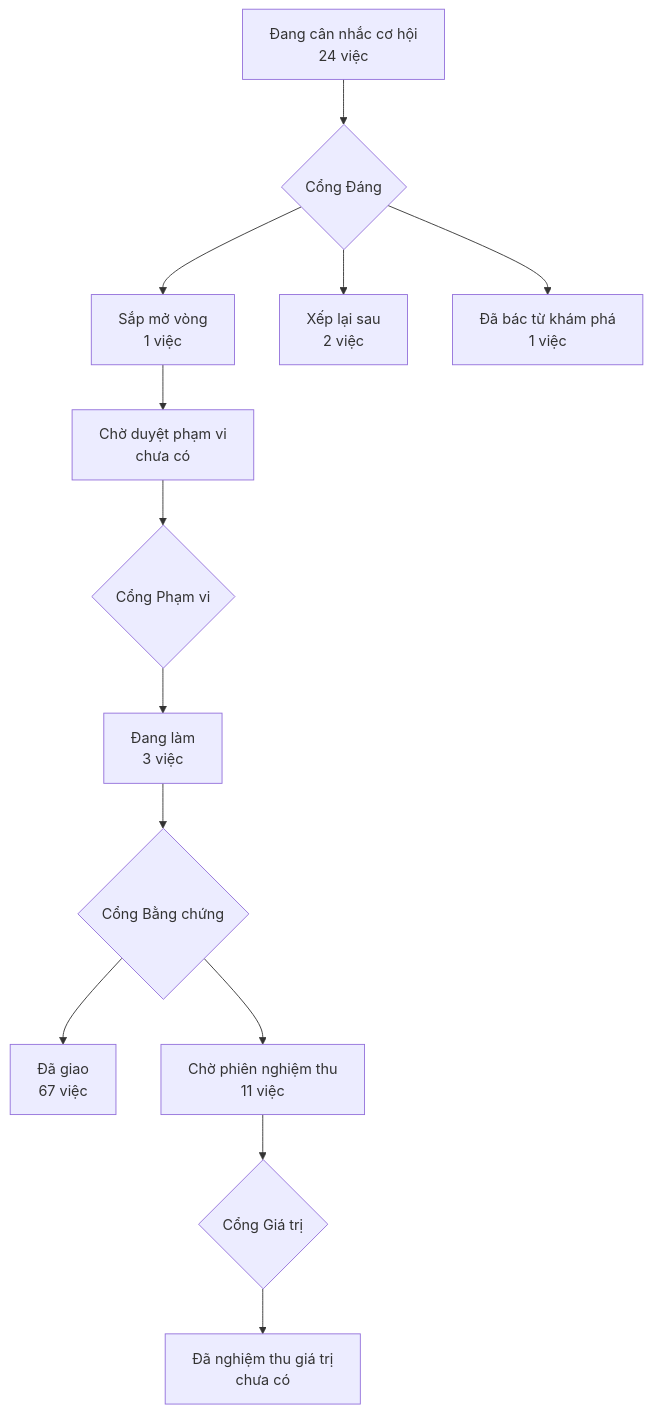
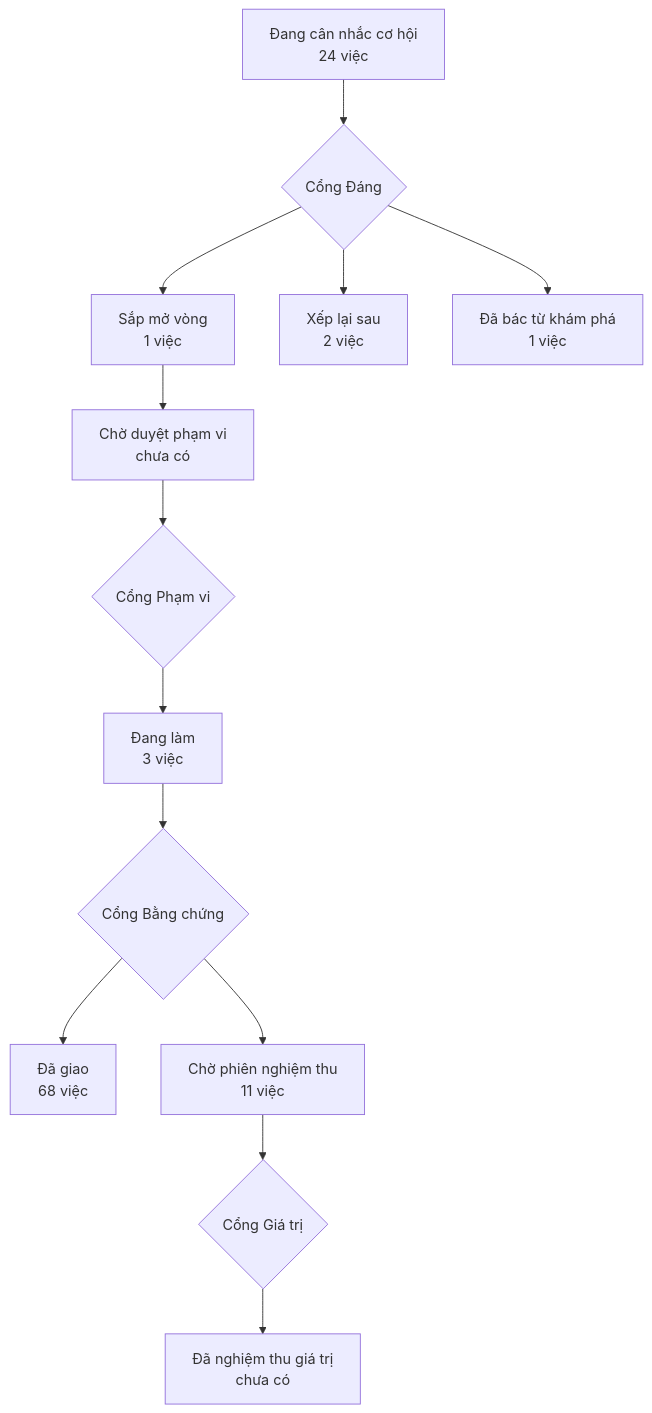
Before and after one commit to phanlemanh/acceptance-gate-kit: the diagram in PRODUCT-MAP.md, drawn with Mermaid. The commit also changed 2 other files, not shown here.

Commit message:
chore(acceptance): sau gộp main — routing-baseline LM20 cho hồ sơ mới, Known limits tránh cụm sao trần (P161), bản đồ vẽ lại

````diff
--- a/PRODUCT-MAP.md
+++ b/PRODUCT-MAP.md
@@ -6,12 +6,12 @@
 ```mermaid
 flowchart TD
   A["Đang cân nhắc cơ hội<br/>24 việc"] --> GD{"Cổng Đáng"}
   GD --> B["Sắp mở vòng<br/>1 việc"]
   GD --> XL["Xếp lại sau<br/>2 việc"]
   GD --> DB["Đã bác từ khám phá<br/>1 việc"]
   B --> CD["Chờ duyệt phạm vi<br/>chưa có"] --> GP{"Cổng Phạm vi"}
   GP --> DL["Đang làm<br/>3 việc"] --> GB{"Cổng Bằng chứng"}
-  GB --> DG["Đã giao<br/>67 việc"]
+  GB --> DG["Đã giao<br/>68 việc"]
   GB --> CN["Chờ phiên nghiệm thu<br/>11 việc"] --> GG{"Cổng Giá trị"}
   GG --> NT["Đã nghiệm thu giá trị<br/>chưa có"]
 ```
````
